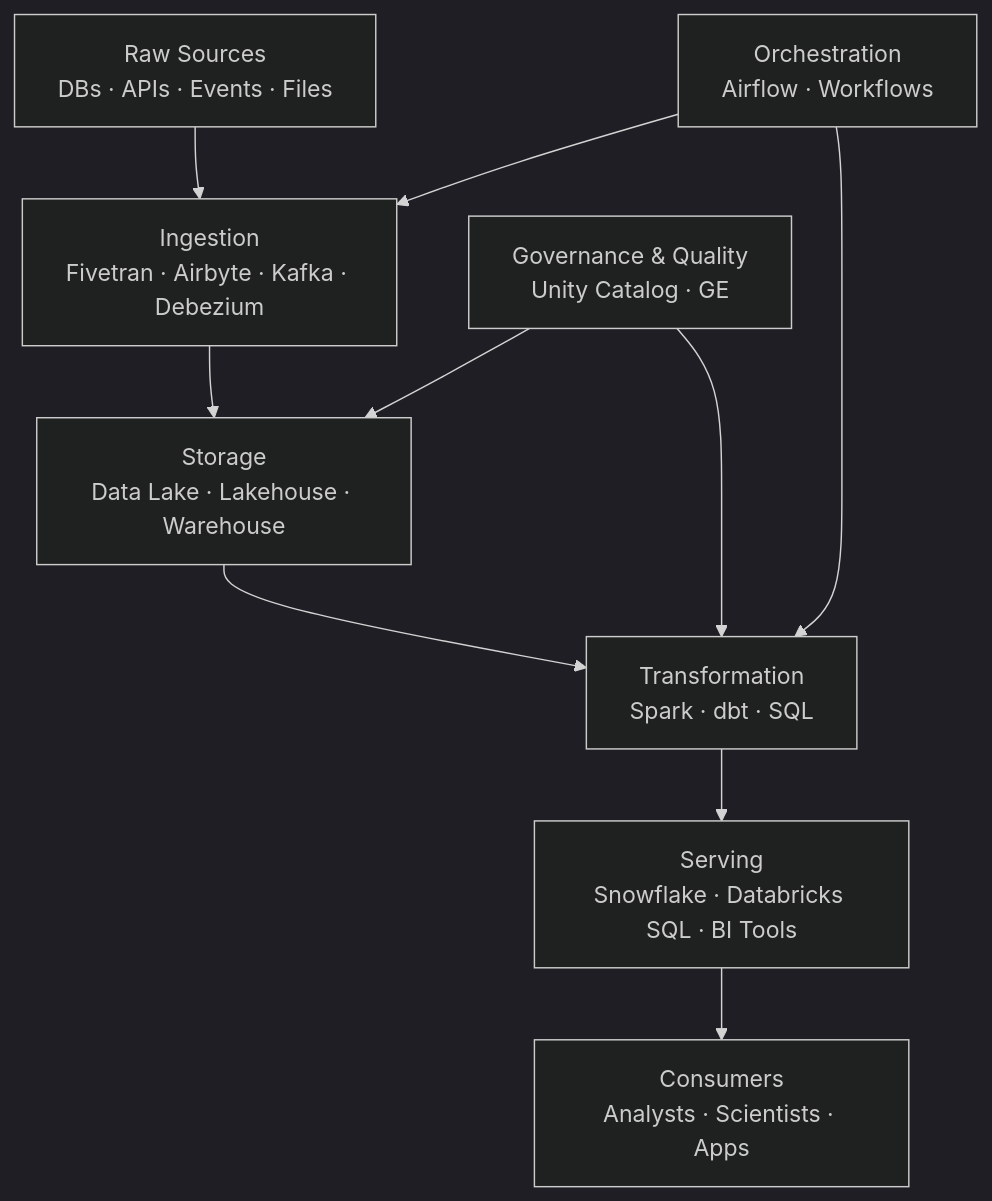
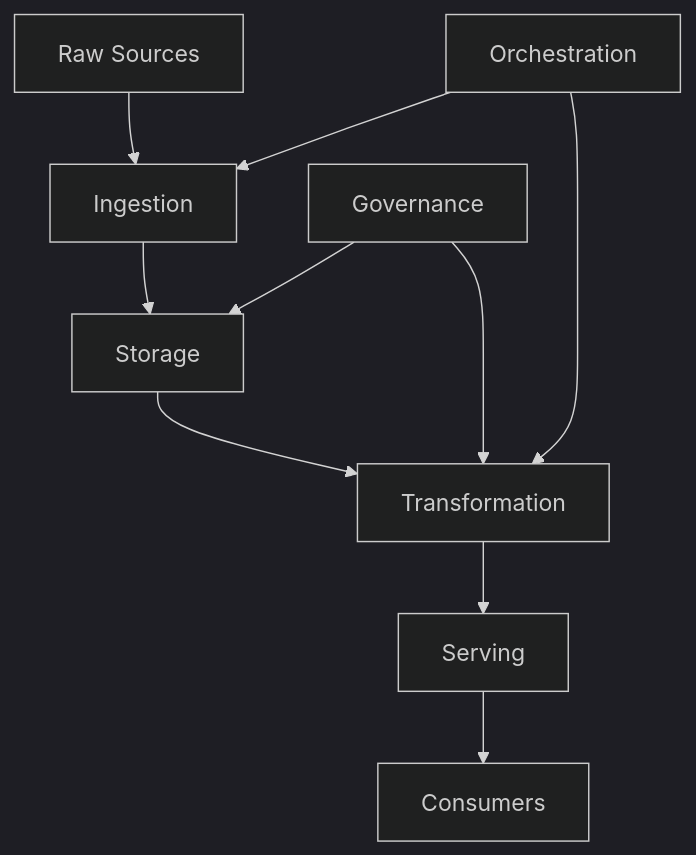
Before and after one commit to gcmishra7/data-engineering-helper: the diagram in 00-foundations/01-data-engineering-landscape.md, drawn with Mermaid (dark theme). The commit also changed other lines of this file and 57 other files, not shown here.

First line of the commit message:
Shorten mermaid node labels to fix text truncation on GitHub

````diff
--- a/00-foundations/01-data-engineering-landscape.md
+++ b/00-foundations/01-data-engineering-landscape.md
@@ -9,12 +9,12 @@
 ```mermaid
 graph TD
-    A[Raw Sources<br/>DBs · APIs · Events · Files] --> B[Ingestion<br/>Fivetran · Airbyte · Kafka · Debezium]
-    B --> C[Storage<br/>Data Lake · Lakehouse · Warehouse]
-    C --> D[Transformation<br/>Spark · dbt · SQL]
-    D --> E[Serving<br/>Snowflake · Databricks SQL · BI Tools]
-    E --> F[Consumers<br/>Analysts · Scientists · Apps]
-    G[Orchestration<br/>Airflow · Workflows] --> B
+    A[Raw Sources] --> B[Ingestion]
+    B --> C[Storage]
+    C --> D[Transformation]
+    D --> E[Serving]
+    E --> F[Consumers]
+    G[Orchestration] --> B
     G --> D
-    H[Governance & Quality<br/>Unity Catalog · GE] --> C
+    H[Governance] --> C
     H --> D
 ```
````
